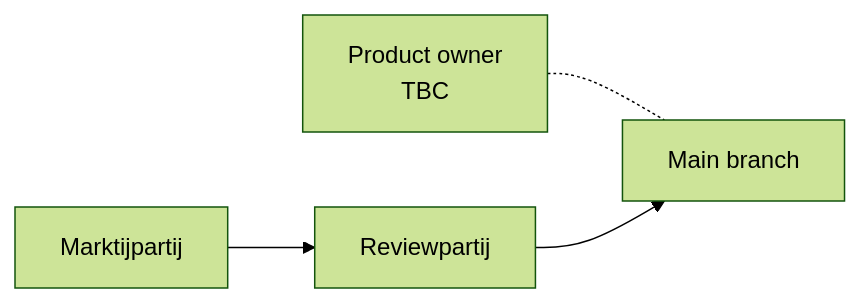
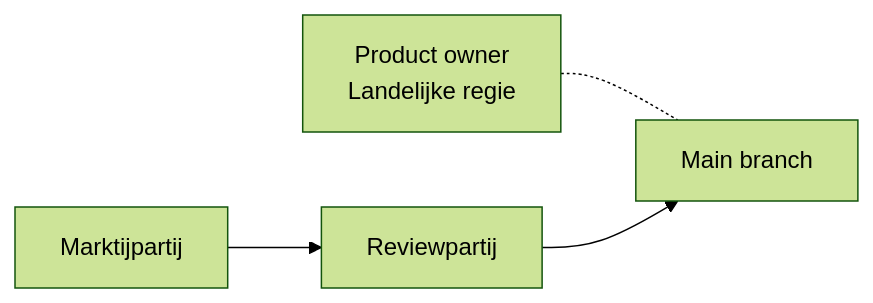
The second of 3 diagrams in stappen-openzaak/openzaak-ecosysteem.md (open-zaak/samenwerken), drawn with Mermaid (forest theme) before and after one commit. The commit also changed other lines of this file, not shown here.

Commit message:
adds maint to beoogde staat

````diff
--- a/stappen-openzaak/openzaak-ecosysteem.md
+++ b/stappen-openzaak/openzaak-ecosysteem.md
@@ -38,13 +38,13 @@
 ```mermaid
 graph LR
     %% Nodes
     Dev1["Marktijpartij"]
     ReviewP2["Reviewpartij"]
     Upstream["Main branch"]
-    PO["Product owner<br/>TBC"]
+    PO["Product owner<br/>Landelijke regie"]
 
     %% Connections
     PO -.- Upstream
     Dev1 --> ReviewP2
     ReviewP2 --> Upstream
 ```
````
